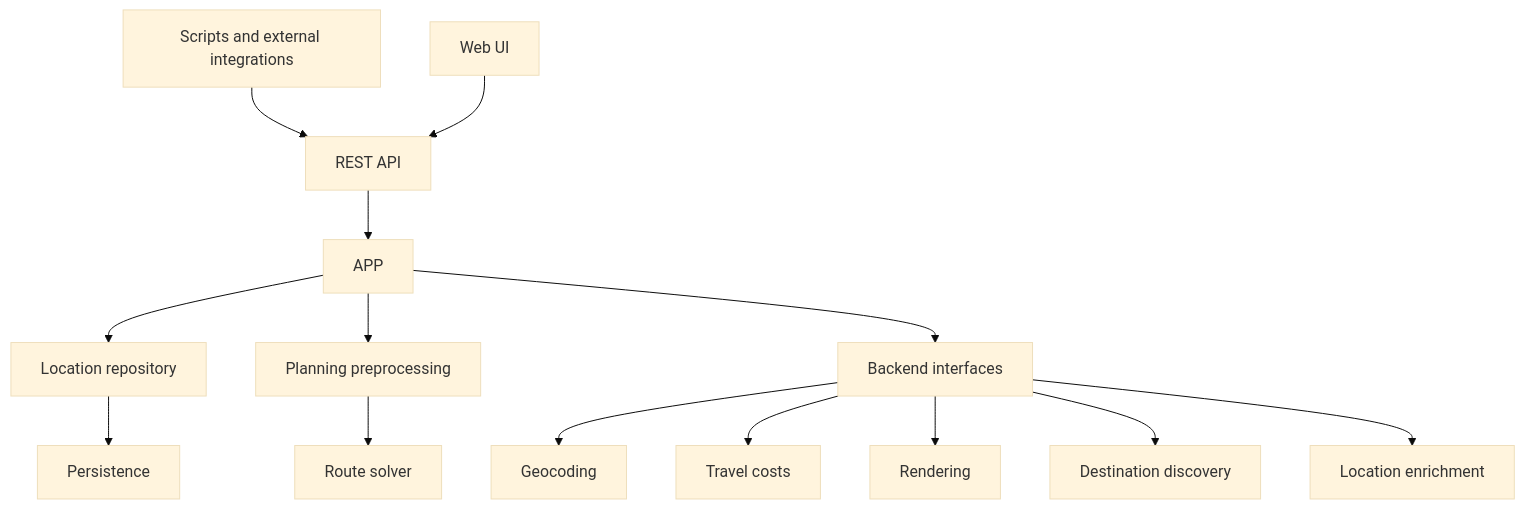
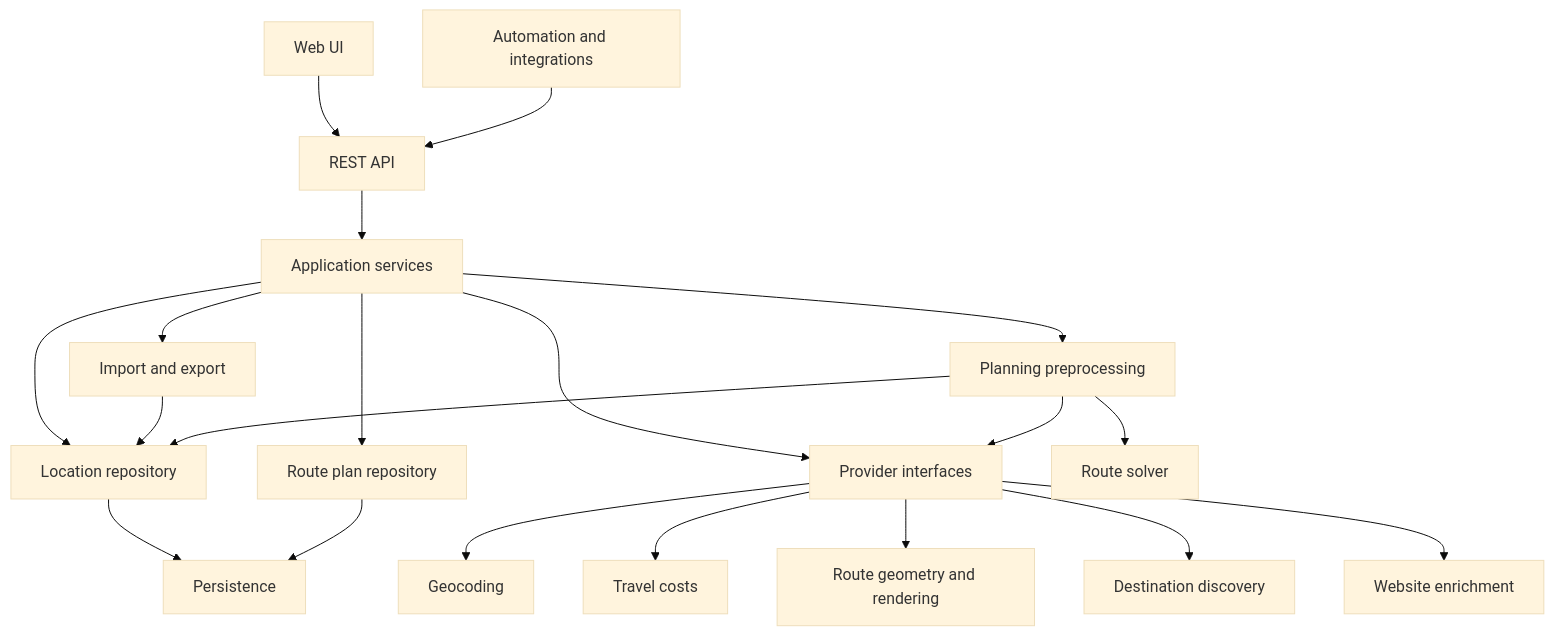
The diagram in ARCHITECTURE.md (dondemaio/tourguide), drawn with Mermaid (base theme) before and after one commit. The commit also changed other lines of this file, not shown here.

Commit message:
Consolidate and review ARCHITECTURE.md

````diff
--- a/ARCHITECTURE.md
+++ b/ARCHITECTURE.md
@@ -13,16 +21,22 @@
 ```mermaid
 flowchart TD
-    EXT[Scripts and external integrations] --> API[REST API]
     UI[Web UI] --> API[REST API]
-    API --> APP
+    EXT[Automation and integrations] --> API
+    API --> APP[Application services]
+    APP --> EX[Import and export]
+    APP --> PRE[Planning preprocessing]
     APP --> LOC[Location repository]
-    APP --> PRE[Planning preprocessing]
+    APP --> PLAN[Route plan repository]
+    APP --> BACK[Provider interfaces]
+    EX --> LOC
+    PRE --> LOC
     PRE --> SOL[Route solver]
-    APP --> BACK[Backend interfaces]
+    PRE --> BACK
+    LOC --> STORE[Persistence]
+    PLAN --> STORE
     BACK --> GEO[Geocoding]
     BACK --> COST[Travel costs]
-    BACK --> RENDER[Rendering]
+    BACK --> RENDER[Route geometry and rendering]
     BACK --> DISC[Destination discovery]
-    BACK --> ENRICH[Location enrichment]
-    LOC --> STORE[Persistence]
+    BACK --> ENRICH[Website enrichment]
 ```
````
